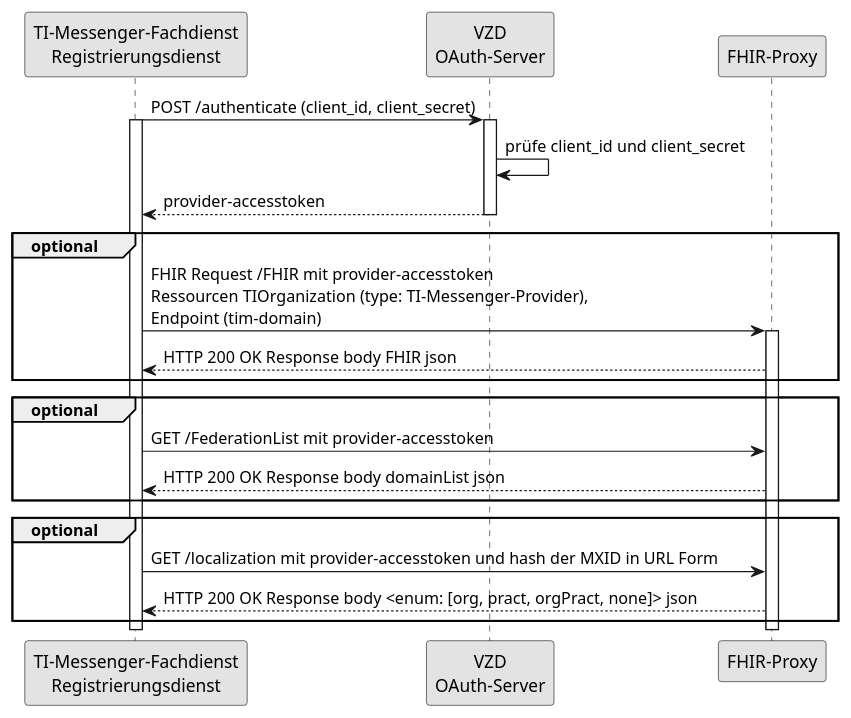
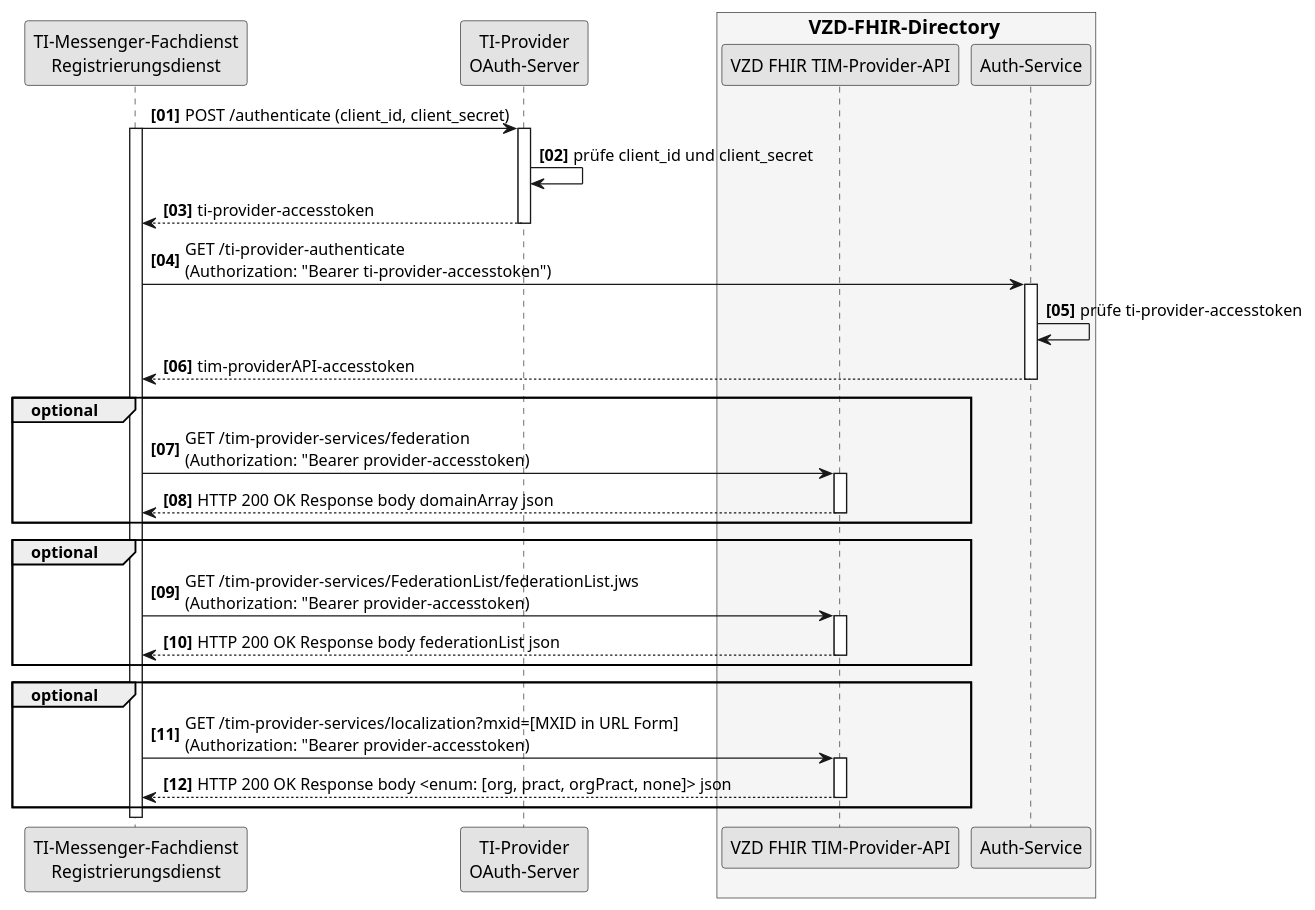
The diagram in src/plantuml/SequenceDiagram.FHIR-Directory.tim_provider_services.puml (gematik/api-vzd), drawn with PlantUML before and after one commit. The commit also changed 5 other files, not shown here.

Commit message:
added auth flow for provider api

```diff
--- a/src/plantuml/SequenceDiagram.FHIR-Directory.tim_provider_services.puml
+++ b/src/plantuml/SequenceDiagram.FHIR-Directory.tim_provider_services.puml
@@ -1,32 +1,46 @@
 @startuml I_VZD_TIM_Provider_Services
 skinparam dpi 100
 skinparam WrapWidth 200
 skinparam monochrome true
+autonumber "<b>[00]"
 
 participant rd as "TI-Messenger-Fachdienst\nRegistrierungsdienst"
-participant oa as "VZD\nOAuth-Server"
-participant fp as "FHIR-Proxy"
+participant oa as "TI-Provider\nOAuth-Server"
+box <size:16>VZD-FHIR-Directory</size> #WhiteSmoke
+participant fp as "VZD FHIR TIM-Provider-API"
+participant fa as "Auth-Service"
+end box
 
 rd -> oa: POST /authenticate (client_id, client_secret)
 activate rd
 activate oa
 oa -> oa: prüfe client_id und client_secret
-oa --> rd: provider-accesstoken
+oa --> rd: ti-provider-accesstoken
 deactivate oa
+
+rd -> fa: GET /ti-provider-authenticate\n(Authorization: "Bearer ti-provider-accesstoken")
+activate fa
+fa -> fa: prüfe ti-provider-accesstoken
+fa --> rd: tim-providerAPI-accesstoken
+deactivate fa
+
 group optional
-rd -> fp: FHIR Request /FHIR mit provider-accesstoken\nRessourcen TIOrganization (type: TI-Messenger-Provider),\nEndpoint (tim-domain)
+rd -> fp: GET /tim-provider-services/federation\n(Authorization: "Bearer provider-accesstoken)
 activate fp
-fp --> rd: HTTP 200 OK Response body FHIR json
+fp --> rd: HTTP 200 OK Response body domainArray json
+deactivate fp
 end
 group optional
-rd -> fp: GET /FederationList mit provider-accesstoken
-fp --> rd: HTTP 200 OK Response body domainList json
+rd -> fp: GET /tim-provider-services/FederationList/federationList.jws\n(Authorization: "Bearer provider-accesstoken)
+activate fp
+fp --> rd: HTTP 200 OK Response body federationList json
+deactivate fp
 end
 group optional
-rd -> fp: GET /localization mit provider-accesstoken und hash der MXID in URL Form
+rd -> fp: GET /tim-provider-services/localization?mxid=[MXID in URL Form]\n(Authorization: "Bearer provider-accesstoken)
+activate fp
 fp --> rd: HTTP 200 OK Response body <enum: [org, pract, orgPract, none]> json
+deactivate fp
 end
 
-deactivate fp
-deactivate rd
 @enduml
```
